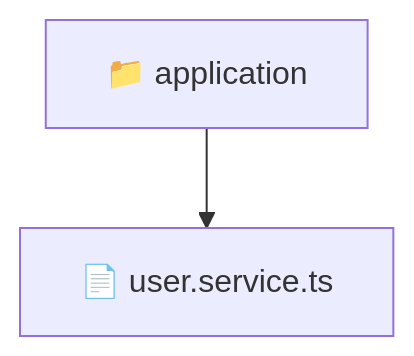
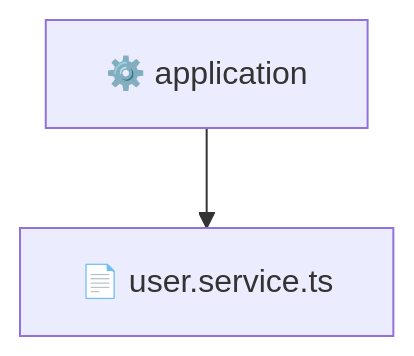
The diagram in backend/src/modules/user/application/README.md (beginwebdev2002/fullstack-mavluda), drawn with Mermaid before and after one commit. The commit also changed other lines of this file and 165 other files, not shown here.

First line of the commit message:
docs: generate localized architectural READMEs

````diff
--- a/backend/src/modules/user/application/README.md
+++ b/backend/src/modules/user/application/README.md
@@ -10,5 +11,5 @@
 ```mermaid
 graph TD
-  Root["📁 application"]
-  Root --> userservicets["📄 user.service.ts"]
+  application["⚙️ application"]
+  application --> user_service_ts["📄 user.service.ts"]
 ```
````
